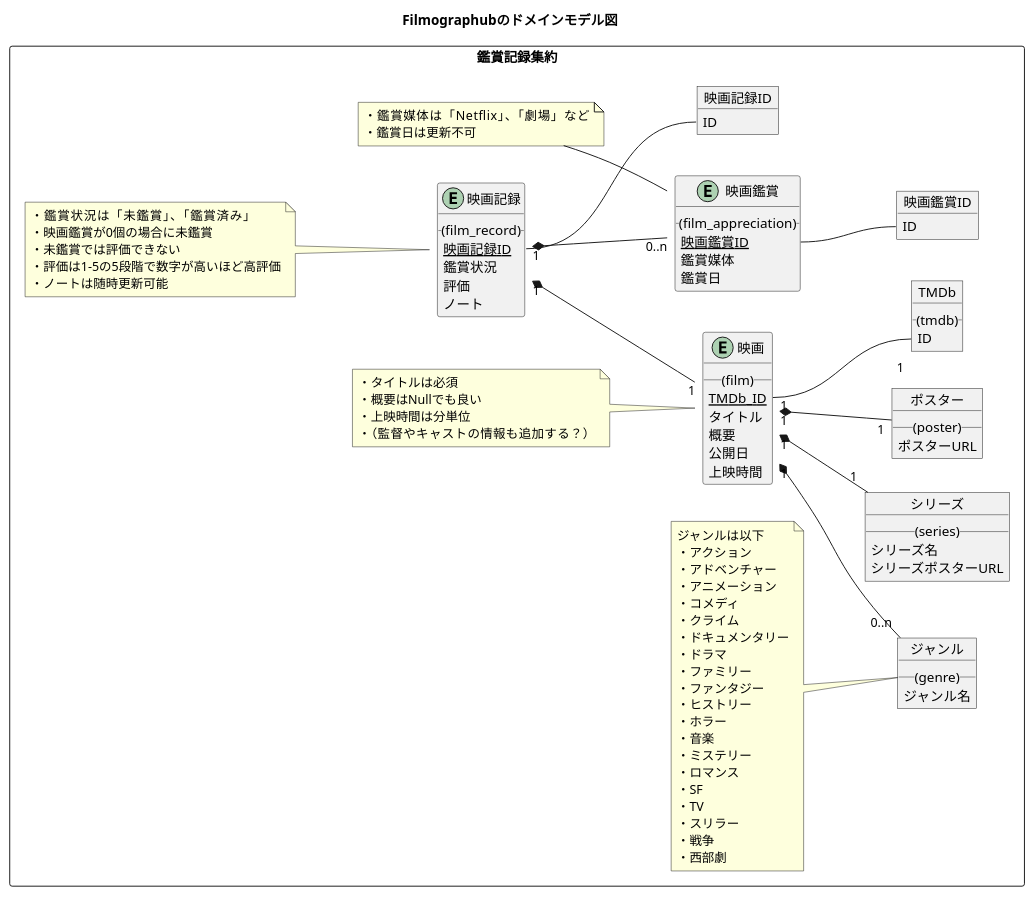
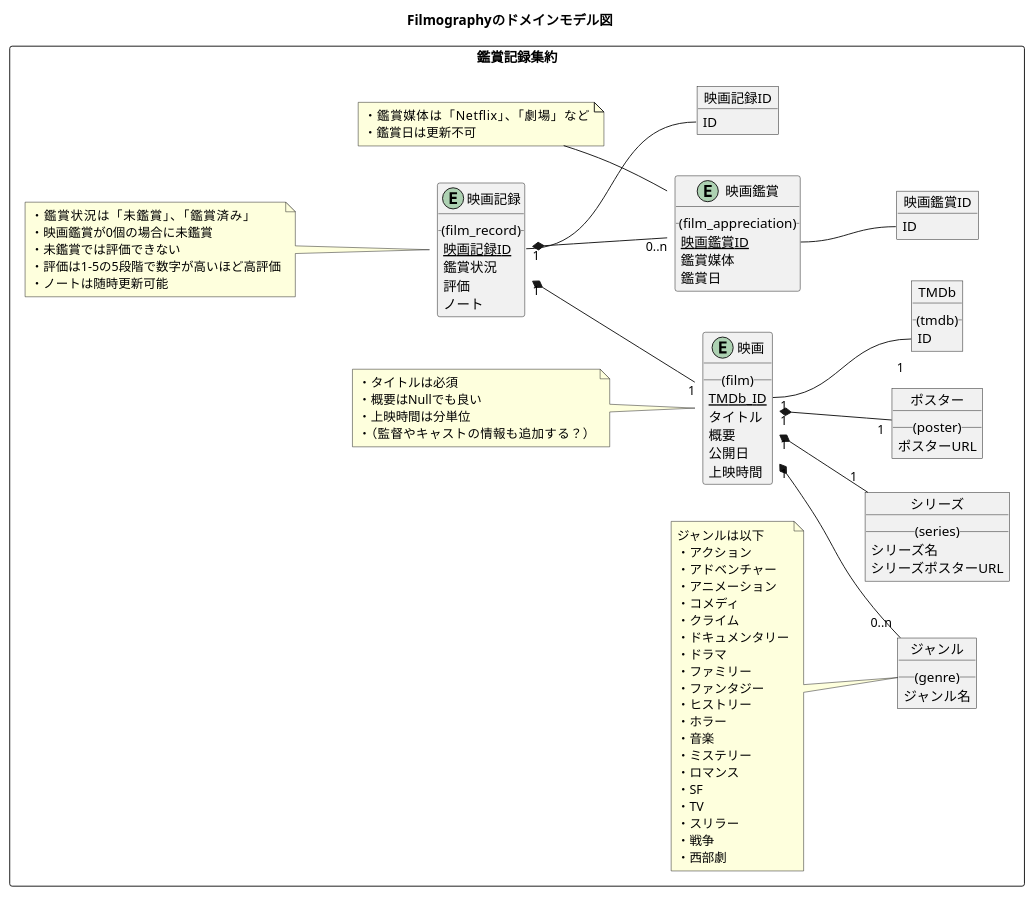
The diagram in api/docs/domain_model/domain_model.puml (takeYY/filmography), drawn with PlantUML before and after one commit. The commit also changed 16 other files, not shown here.

```diff
--- a/api/docs/domain_model/domain_model.puml
+++ b/api/docs/domain_model/domain_model.puml
@@ -1,123 +1,123 @@
 @startuml fig_domain_model
-title Filmographubのドメインモデル図
+title Filmographyのドメインモデル図
 left to right direction
 
 
 rectangle 鑑賞記録集約 {
   entity 映画 {
     __(film)__
     {static} TMDb_ID
     タイトル
     概要
     公開日
     上映時間
   }
 
   entity 映画記録 {
     __(film_record)__
     {static} 映画記録ID
     鑑賞状況
     評価
     ノート
   }
 
   entity 映画鑑賞 {
     __(film_appreciation)__
     {static} 映画鑑賞ID
     鑑賞媒体
     鑑賞日
   }
 
   object ジャンル {
     __(genre)__
     ジャンル名
   }
 
   object シリーズ {
     __(series)__
     シリーズ名
     シリーズポスターURL
   }
 
   object ポスター {
     __(poster)__
     ポスターURL
   }
 
   object TMDb {
     __(tmdb)__
     ID
   }
 
   object 映画記録ID {
     ID
   }
 
   object 映画鑑賞ID {
     ID
   }
 
 
 
   映画記録 "1" *-- "0..n" 映画鑑賞
   映画記録 "1" *-- "1" 映画
   映画記録::映画記録ID -- 映画記録ID::ID
 
   映画 "1" *-- "0..n" ジャンル
   映画 "1" *-- "1" シリーズ
   映画 "1" *-- "1" ポスター
   映画::TMDb_ID "1" -- "1" TMDb::ID
 
   映画鑑賞::映画鑑賞ID -- 映画鑑賞ID::ID
 
 
 
   note as film_record_note
     ・鑑賞状況は「未鑑賞」、「鑑賞済み」
     ・映画鑑賞が0個の場合に未鑑賞
     ・未鑑賞では評価できない
     ・評価は1-5の5段階で数字が高いほど高評価
     ・ノートは随時更新可能
   end note
   film_record_note -- 映画記録
 
   note as film_appreciation_note
     ・鑑賞媒体は「Netflix」、「劇場」など
     ・鑑賞日は更新不可
   end note
   film_appreciation_note -- 映画鑑賞
 
   note as film_note
     ・タイトルは必須
     ・概要はNullでも良い
     ・上映時間は分単位
     ・（監督やキャストの情報も追加する？）
   end note
   film_note -- 映画
 
   note as genre_note
     ジャンルは以下
     ・アクション
     ・アドベンチャー
     ・アニメーション
     ・コメディ
     ・クライム
     ・ドキュメンタリー
     ・ドラマ
     ・ファミリー
     ・ファンタジー
     ・ヒストリー
     ・ホラー
     ・音楽
     ・ミステリー
     ・ロマンス
     ・SF
     ・TV
     ・スリラー
     ・戦争
     ・西部劇
   end note
   genre_note -- ジャンル
 }
 
 @enduml
```
